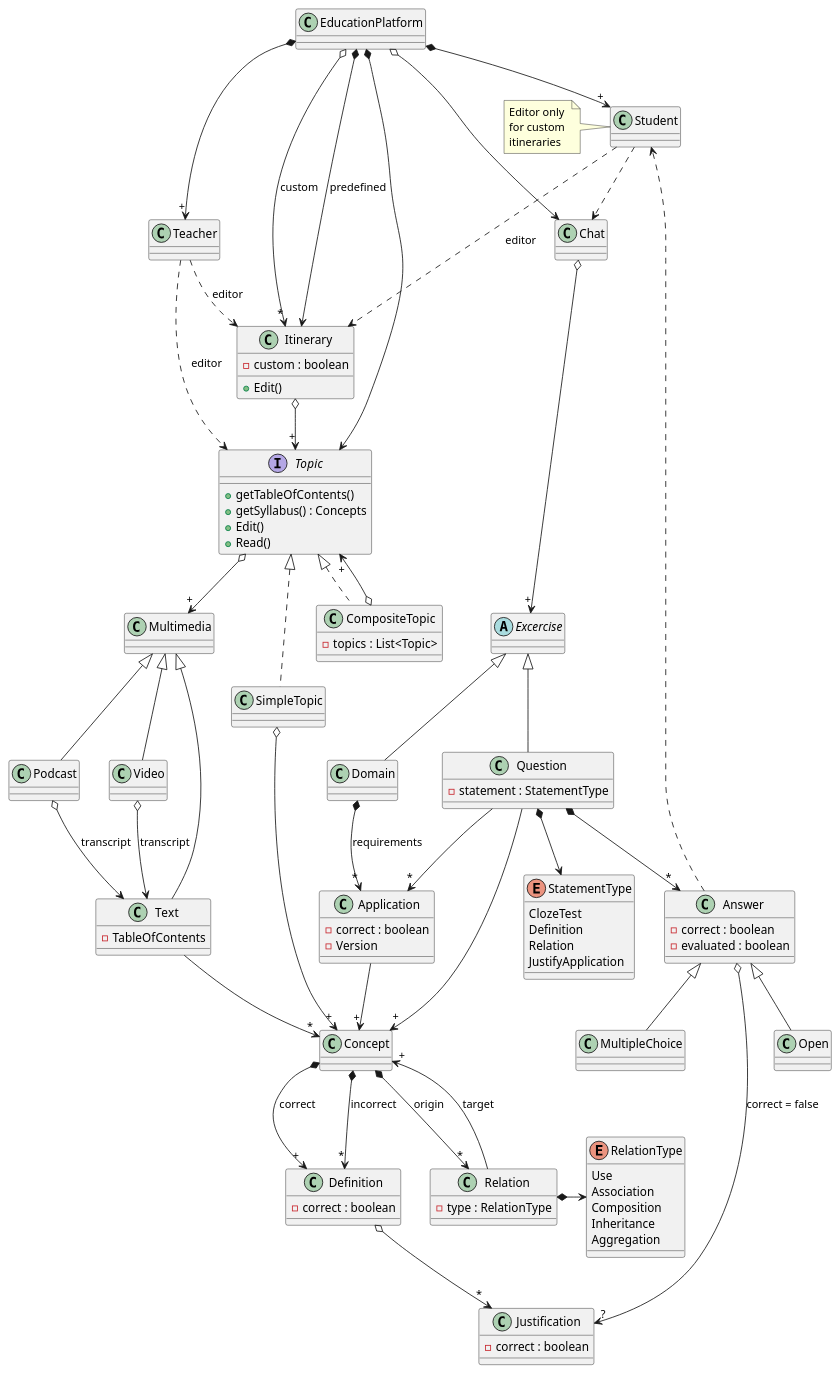
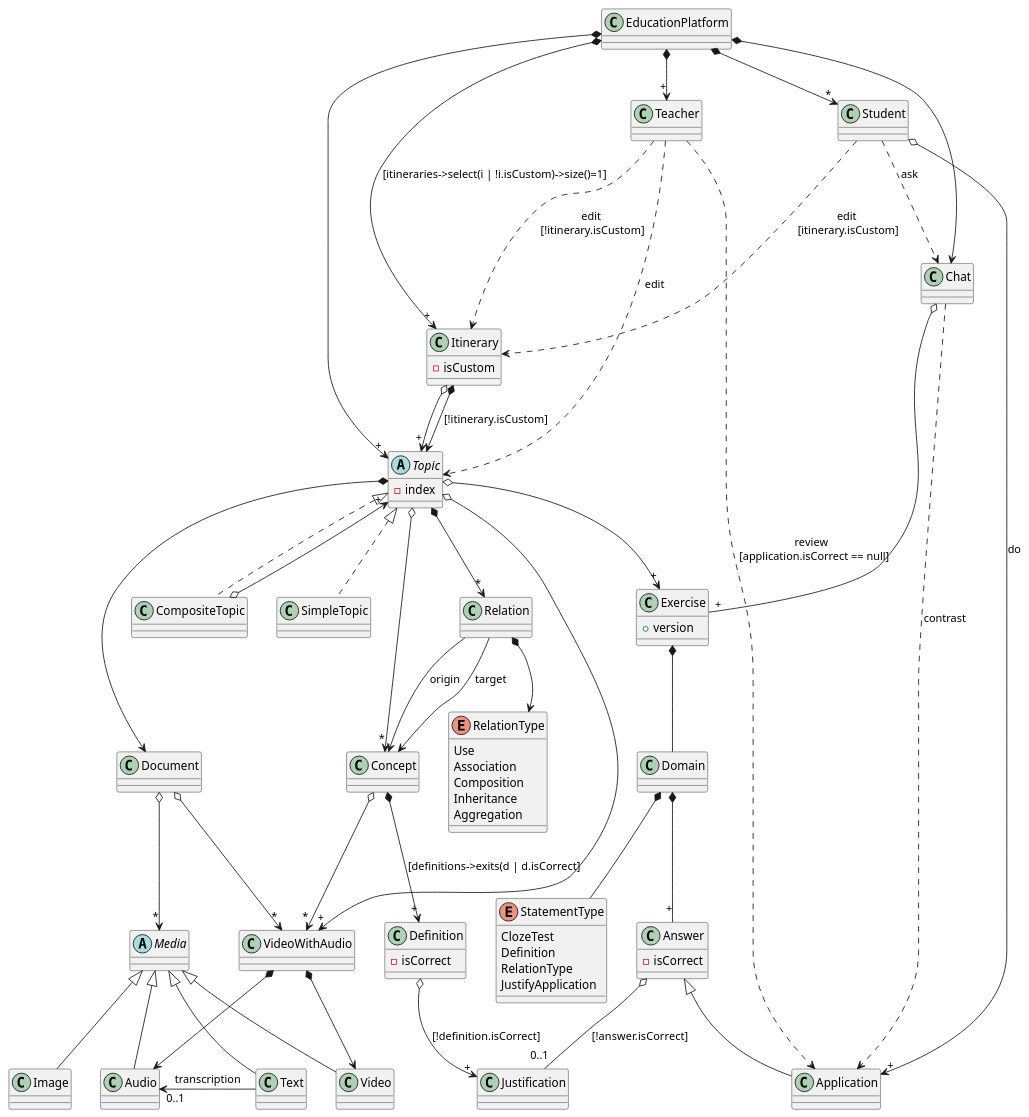
One commit to jumpering/lab-turing changed the diagram in Diagrams/EducationPlatform/Domain.puml. Above: the diagram before and after it, drawn with PlantUML. The commit also changed 4 other files, not shown here.

```diff
--- a/Diagrams/EducationPlatform/Domain.puml
+++ b/Diagrams/EducationPlatform/Domain.puml
@@ -1,161 +2,96 @@
-@startuml EducationPlatformDomain
+@startuml
 
 class Itinerary {
-    - custom : boolean
-    + Edit()
+    - isCustom
 }
 
-interface Topic{
-    + getTableOfContents()
-    + getSyllabus() : Concepts
-    + Edit()
-    + Read()
+Itinerary o--> "+" Topic 
+Itinerary *--> Topic:[!itinerary.isCustom]
+'[!itinerary.isCustom.topics->size()=1 \nand topics->first().oclIsTypeOf(CompositeTopic)]
+
+EducationPlatform *--> "+" Teacher
+EducationPlatform *--> "*" Student
+EducationPlatform *--> "+" Topic
+EducationPlatform *--> "+" Itinerary: [itineraries->select(i | !i.isCustom)->size()=1]
+EducationPlatform *--> Chat
+
+class Exercise{
+    + version
 }
+Exercise *-- Domain
 
+Domain *-- "+" Answer
+Domain *-- StatementType
 
-class SimpleTopic{
-}
-
-class CompositeTopic{
-    - topics : List<Topic> 
-}
-
-abstract Excercise {
-}
-
-class Domain {
-}
-
-class Application {
-    - correct : boolean
-    - Version
-}
-
-class Question {
-    - statement : StatementType
-}
-
-enum StatementType {
+enum StatementType{
     ClozeTest
     Definition
-    Relation
+    RelationType
     JustifyApplication
 }
 
-class Text {
-    - TableOfContents
+class Answer{
+    - isCorrect
 }
+Answer o-- "0..1" Justification: [!answer.isCorrect]
+Answer <|-- Application
 
-class Concept {
+Teacher ..> Application: review \n [application.isCorrect == null]
+Teacher ..> Topic: edit
+Teacher ...> Itinerary: edit \n[!itinerary.isCustom]
+
+Chat o-- "+" Exercise
+Chat ..> Application: contrast
+
+Student ...> Itinerary: edit \n[itinerary.isCustom]
+Student o--> "+" Application: do
+Student ..> Chat: ask
+
+abstract Topic{
+    - index
 }
-
-class Definition {
-    - correct : boolean
-}
-
-class Justification {
-    - correct : boolean
-}
-
-class Multimedia {
-
-}
-
-class Answer{
-    - correct : boolean
-    - evaluated : boolean
-}
-
-EducationPlatform *--> "+" Teacher
-EducationPlatform *--> "+" Student
-EducationPlatform *--> Topic
-EducationPlatform *--> Itinerary : predefined
-EducationPlatform o--> "*" Itinerary : custom
-EducationPlatform o--> Chat
-Chat o--> "+" Excercise
-
-
-
-'Student <..> Chat : topic
-Student ..> Chat 
-Answer ..> Student
-
-Excercise <|-- Domain
-Excercise <|-- Question 
-
-Domain *-->"*" Application: requirements
-Application -->"+" Concept
-
-'Application <|-- Correct
-'Application <|-- Incorrect
-
-Question -->"+" Concept
-Question -->"*" Application
-
-Question *--> StatementType
-Question *--> "*" Answer
-Answer <|-- Open
-Answer <|-- MultipleChoice
-Answer o--> "?" Justification : correct = false
-
-'Teacher ..> Open : review
-
-Teacher ..> Topic : editor
-Teacher ..> Itinerary : editor
-Student ...> Itinerary : editor
-note left of Student
-    Editor only
-    for custom 
-    itineraries
-    end note
-'Student ...> Custom : editor
-
-
 Topic <|.. CompositeTopic
 Topic <|.. SimpleTopic
+Topic o--> "*" Concept
+Topic *--> Document
+Topic *--> "*" Relation
+Topic o--> "+" VideoWithAudio
+Topic o--> "+" Exercise
+
 CompositeTopic o--> "+" Topic
 
-'Itinerary <|-- Custom
-'Itinerary <|-- Predefined
+Concept *--> "+" Definition: [definitions->exits(d | d.isCorrect]
+Concept o--> "*" VideoWithAudio
 
-Itinerary o--> "+" Topic
-'Predefined o--> "+" Topic
-
-
-SimpleTopic o--> "+" Concept
-Topic o--> "+" Multimedia
-Concept *--> "+" Definition : correct
-Concept *--> "*" Definition : incorrect
-Relation *-right-> RelationType
-Concept *--> "*" Relation : origin
+Relation --> Concept: origin
+Relation --> Concept: target
+Relation *--> RelationType
 
 enum RelationType {
     Use
     Association
     Composition
     Inheritance
     Aggregation
 } 
 
-class Relation {
-    - type : RelationType
+class Definition {
+    - isCorrect
 }
+Definition o-->"+" Justification: [!definition.isCorrect]
 
+Document o--> "*" VideoWithAudio
+Document o--> "*" Media
 
-Relation --> "+" Concept : target
-Definition o-->"*" Justification
+VideoWithAudio *--> Audio
+VideoWithAudio *--> Video
 
-'Justification o-->"+" Justification
+abstract Media {}
+Media <|-- Image
+Media <|-- Text
+Media <|-- Audio 
+Media <|-- Video
 
-
-Multimedia <|-- Podcast
-Multimedia <|-- Video
-
-Podcast o--> Text : transcript
-Video o--> Text : transcript
-
-Multimedia <|-- Text
-
-Text -->"*" Concept
+Text -left-> "0..1" Audio: transcription
 
 @enduml
```
